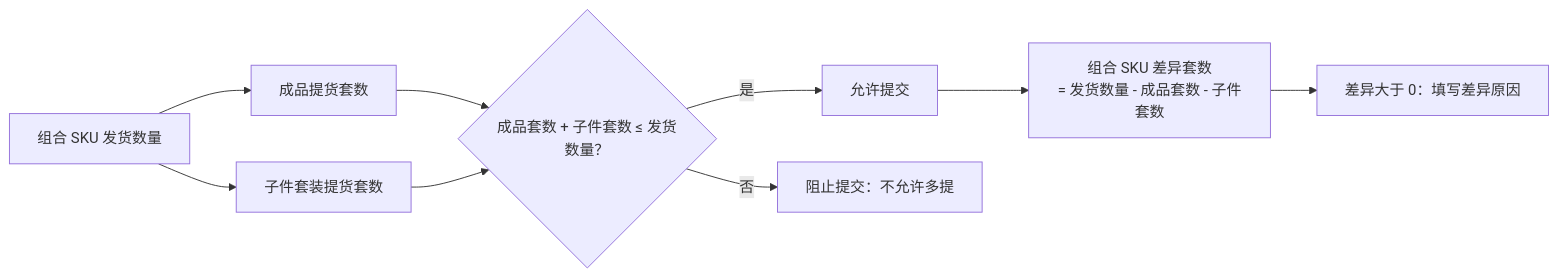
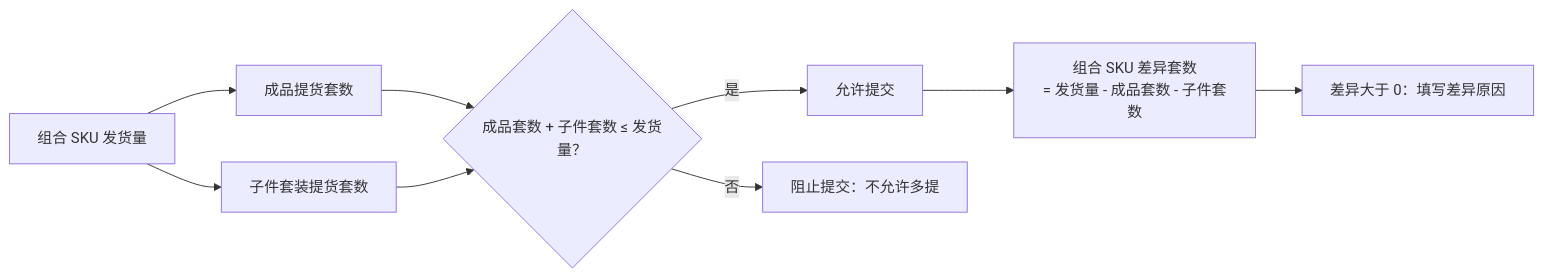
The second of 6 diagrams in PRD/发货单全流程管理-PRD-V2.md (heiquanrenheiquanren-lab/Middle-Platform-Pages), drawn with Mermaid before and after one commit. The commit also changed other lines of this file and 7 other files, not shown here.

````diff
--- a/PRD/发货单全流程管理-PRD-V2.md
+++ b/PRD/发货单全流程管理-PRD-V2.md
@@ -136,11 +137,11 @@
 ```mermaid
 flowchart LR
-    A[组合 SKU 发货数量] --> B[成品提货套数]
+    A[组合 SKU 发货量] --> B[成品提货套数]
     A --> C[子件套装提货套数]
-    B --> D{成品套数 + 子件套数 ≤ 发货数量？}
+    B --> D{成品套数 + 子件套数 ≤ 发货量？}
     C --> D
     D -->|是| E[允许提交]
     D -->|否| F[阻止提交：不允许多提]
-    E --> G[组合 SKU 差异套数<br/>= 发货数量 - 成品套数 - 子件套数]
+    E --> G[组合 SKU 差异套数<br/>= 发货量 - 成品套数 - 子件套数]
     G --> H[差异大于 0：填写差异原因]
 ```
````
